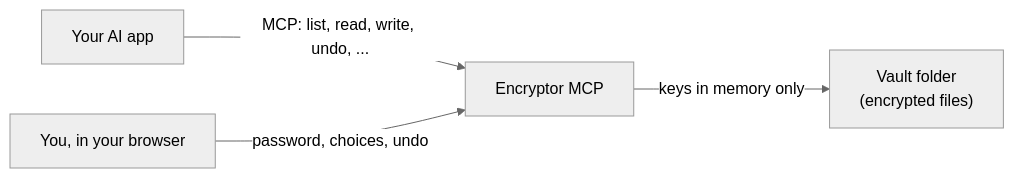
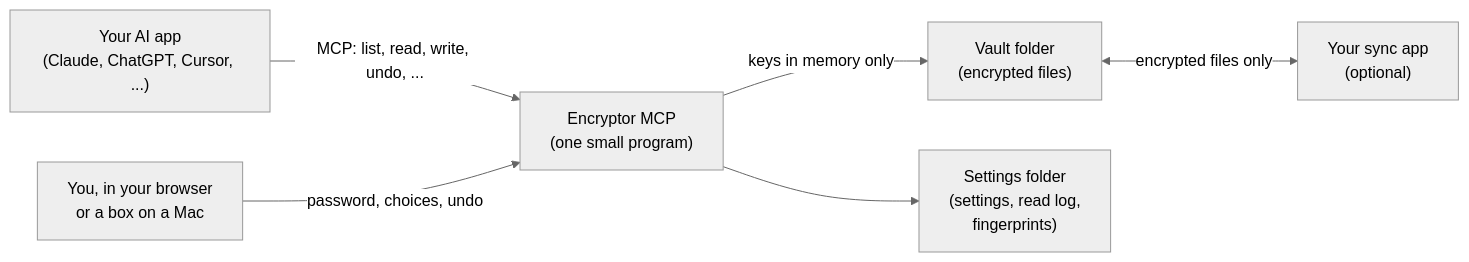
Before and after one commit to Self-hosted-MCP/Encryptor-MCP: the first of 2 diagrams in docs/how-it-works.md, drawn with Mermaid (neutral theme). The commit also changed other lines of this file and 47 other files, not shown here.

````diff
--- a/docs/how-it-works.md
+++ b/docs/how-it-works.md
@@ -5,6 +11,8 @@
 ```mermaid
 flowchart LR
-    A["Your AI app"] -->|"MCP: list, read, write, undo, ..."| S["Encryptor MCP"]
-    Y["You, in your browser"] -->|"password, choices, undo"| S
+    A["Your AI app<br/>(Claude, ChatGPT, Cursor, ...)"] -->|"MCP: list, read, write, undo, ..."| S["Encryptor MCP<br/>(one small program)"]
+    Y["You, in your browser<br/>or a box on a Mac"] -->|"password, choices, undo"| S
     S -->|"keys in memory only"| V["Vault folder<br/>(encrypted files)"]
+    S --> C["Settings folder<br/>(settings, read log,<br/>fingerprints)"]
+    V <-->|"encrypted files only"| N["Your sync app<br/>(optional)"]
 ```
````
